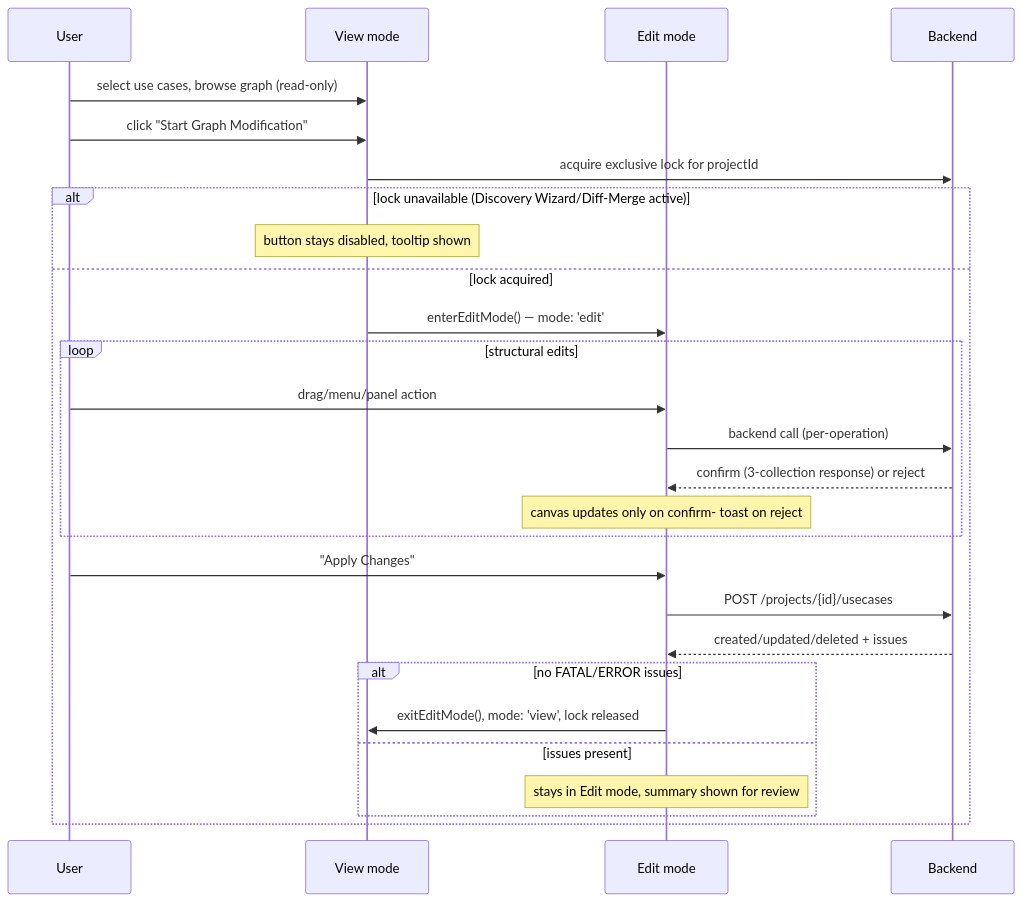
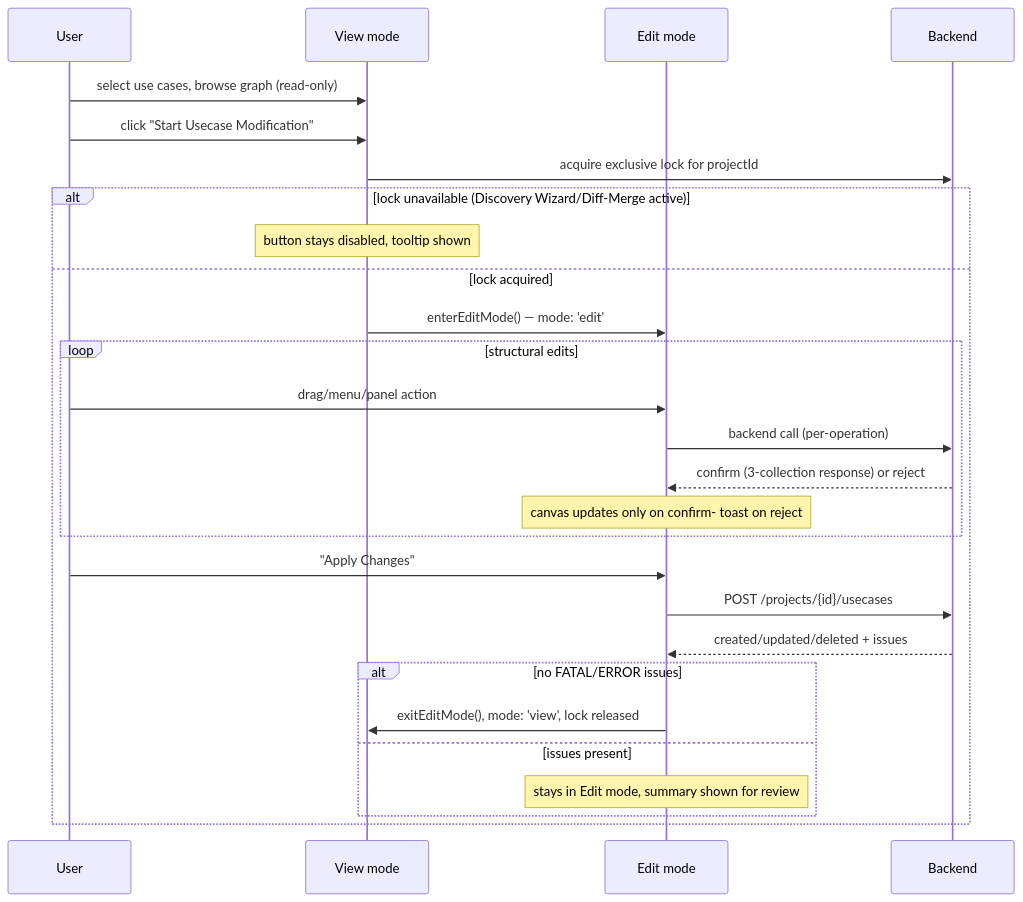
One commit to ramesh521/audioreach-creator-ui-2 changed the first of 2 diagrams in docs/graph-designer-edit/graph-designer-edit-lld.md. Above: the diagram before and after it, drawn with Mermaid. The commit also changed other lines of this file and 6 other files, not shown here.

First line of the commit message:
docs(react): rename graph designer to usecase designer

````diff
--- a/docs/graph-designer-edit/graph-designer-edit-lld.md
+++ b/docs/graph-designer-edit/graph-designer-edit-lld.md
@@ -239,30 +239,30 @@
 ```mermaid
 sequenceDiagram
   participant U as User
   participant V as View mode
   participant E as Edit mode
   participant B as Backend
 
   U->>V: select use cases, browse graph (read-only)
-  U->>V: click "Start Graph Modification"
+  U->>V: click "Start Usecase Modification"
   V->>B: acquire exclusive lock for projectId
   alt lock unavailable (Discovery Wizard/Diff-Merge active)
     Note over V: button stays disabled, tooltip shown
   else lock acquired
     V->>E: enterEditMode() — mode: 'edit'
     loop structural edits
       U->>E: drag/menu/panel action
       E->>B: backend call (per-operation)
       B-->>E: confirm (3-collection response) or reject
       Note over E: canvas updates only on confirm- toast on reject
     end
     U->>E: "Apply Changes"
     E->>B: POST /projects/{id}/usecases
     B-->>E: created/updated/deleted + issues
     alt no FATAL/ERROR issues
       E->>V: exitEditMode(), mode: 'view', lock released
     else issues present
       Note over E: stays in Edit mode, summary shown for review
     end
   end
 ```
````
